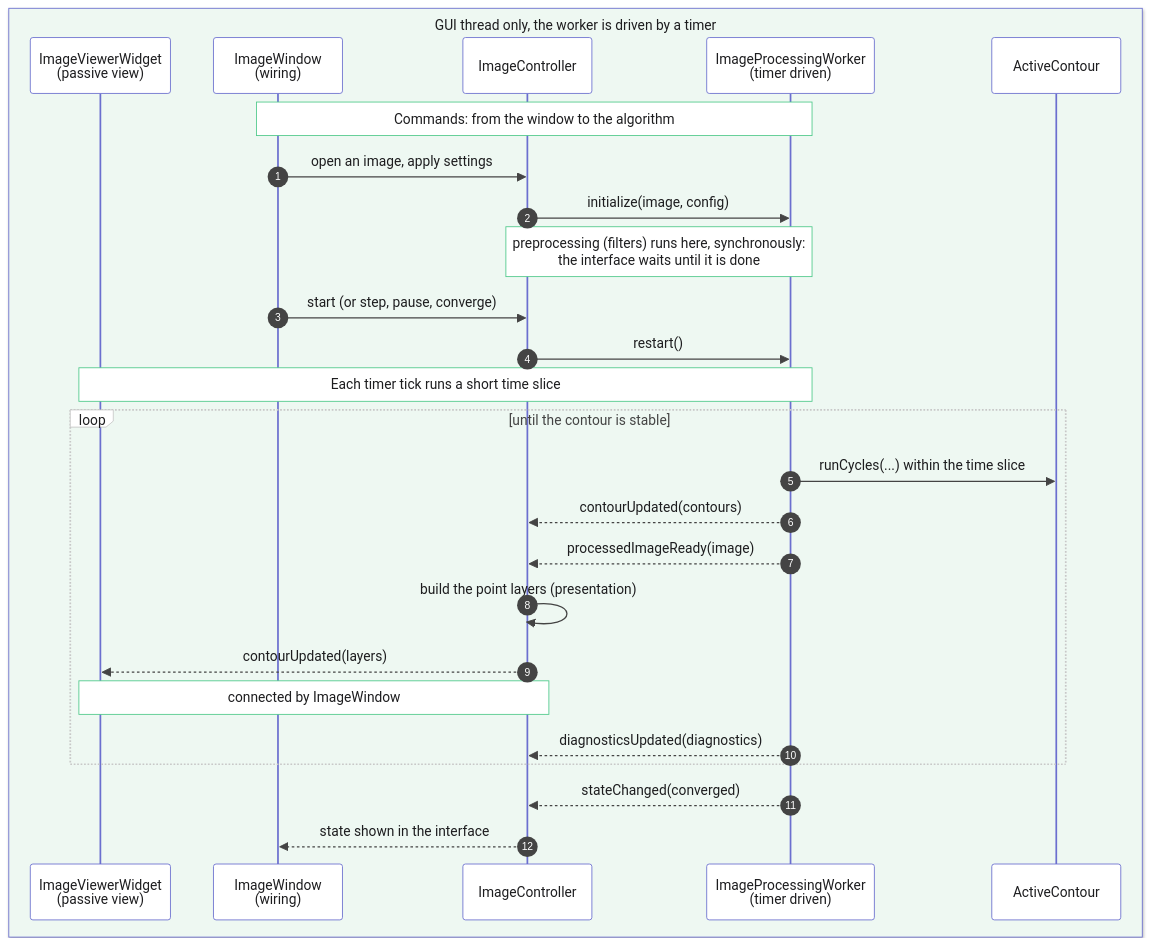
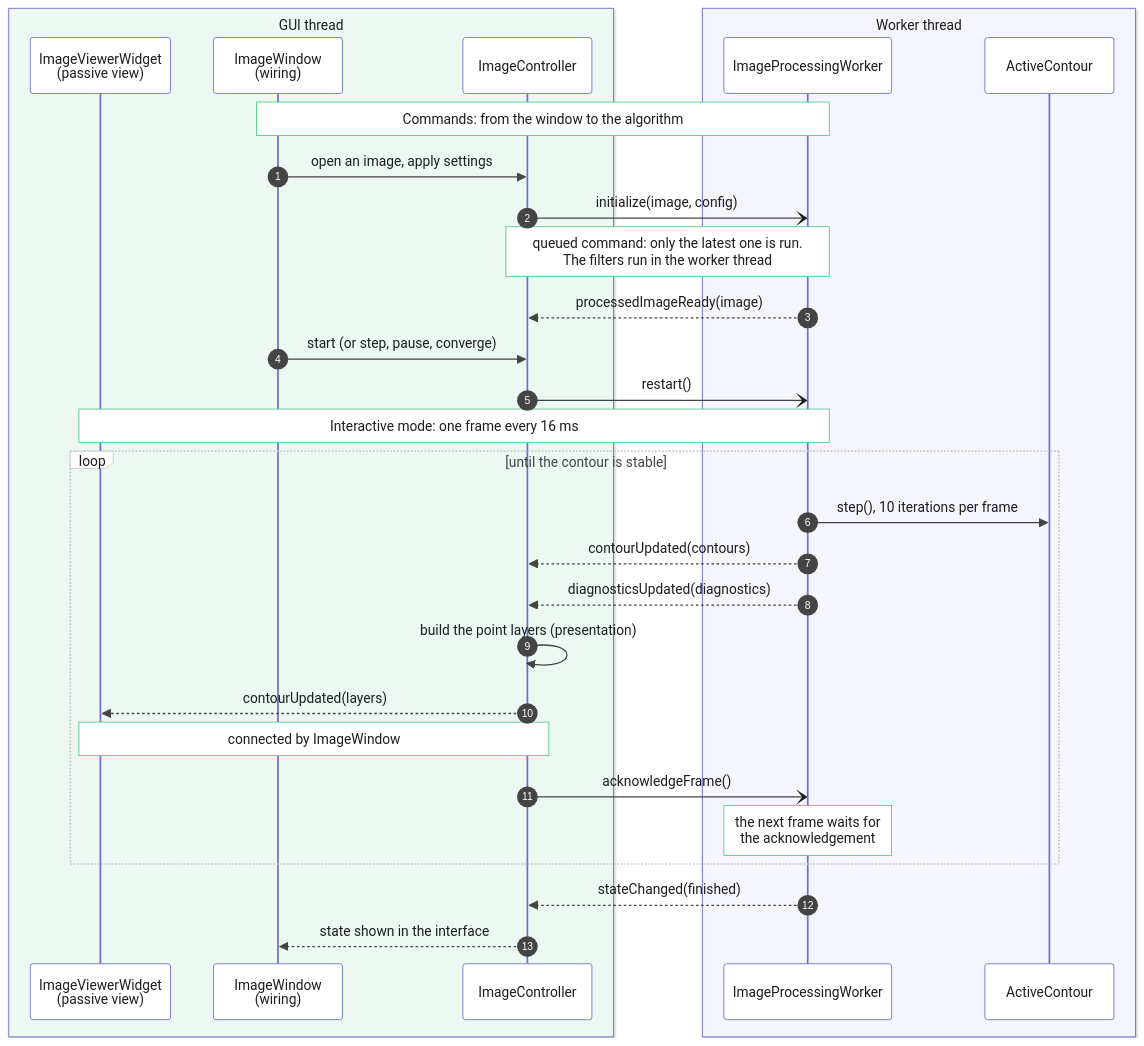
One commit to fluvel-io/fluvel-set changed the diagram in docs/mermaid/image_session_sequence.mmd. Above: the diagram before and after it, drawn with Mermaid. The commit also changed 28 other files, not shown here.

```diff
--- a/docs/mermaid/image_session_sequence.mmd
+++ b/docs/mermaid/image_session_sequence.mmd
@@ -1,39 +1,43 @@
 %%{init: {"theme": "base", "themeVariables": {
   "primaryColor": "#f4f5ff", "primaryBorderColor": "#6b6fcf", "primaryTextColor": "#1d1d1f",
   "lineColor": "#6b6fcf", "actorBkg": "#ffffff", "actorBorder": "#6b6fcf", "actorTextColor": "#1d1d1f",
   "noteBkgColor": "#ffffff", "noteBorderColor": "#4fc98a", "noteTextColor": "#1d1d1f",
   "signalColor": "#444444", "signalTextColor": "#1d1d1f", "labelBoxBkgColor": "#ffffff",
   "labelBoxBorderColor": "#c8c8c8", "loopTextColor": "#444444", "sequenceNumberColor": "#ffffff"}}}%%
 sequenceDiagram
     autonumber
 
-    box rgb(238,248,242) GUI thread only, the worker is driven by a timer
+    box rgb(238,248,242) GUI thread
         participant V as ImageViewerWidget<br/>(passive view)
         participant W as ImageWindow<br/>(wiring)
         participant C as ImageController
-        participant P as ImageProcessingWorker<br/>(timer driven)
+    end
+    box rgb(244,245,255) Worker thread
+        participant P as ImageProcessingWorker
         participant A as ActiveContour
     end
 
     Note over W,P: Commands: from the window to the algorithm
 
     W->>C: open an image, apply settings
-    C->>P: initialize(image, config)
-    Note over C,P: preprocessing (filters) runs here, synchronously:<br/>the interface waits until it is done
+    C-)P: initialize(image, config)
+    Note over C,P: queued command: only the latest one is run.<br/>The filters run in the worker thread
+    P-->>C: processedImageReady(image)
     W->>C: start (or step, pause, converge)
-    C->>P: restart()
+    C-)P: restart()
 
-    Note over P,V: Each timer tick runs a short time slice
+    Note over P,V: Interactive mode: one frame every 16 ms
 
     loop until the contour is stable
-        P->>A: runCycles(...) within the time slice
+        P->>A: step(), 10 iterations per frame
         P-->>C: contourUpdated(contours)
-        P-->>C: processedImageReady(image)
+        P-->>C: diagnosticsUpdated(diagnostics)
         C->>C: build the point layers (presentation)
         C-->>V: contourUpdated(layers)
         Note over C,V: connected by ImageWindow
-        P-->>C: diagnosticsUpdated(diagnostics)
+        C-)P: acknowledgeFrame()
+        Note over P: the next frame waits for<br/>the acknowledgement
     end
 
-    P-->>C: stateChanged(converged)
+    P-->>C: stateChanged(finished)
     C-->>W: state shown in the interface
```
